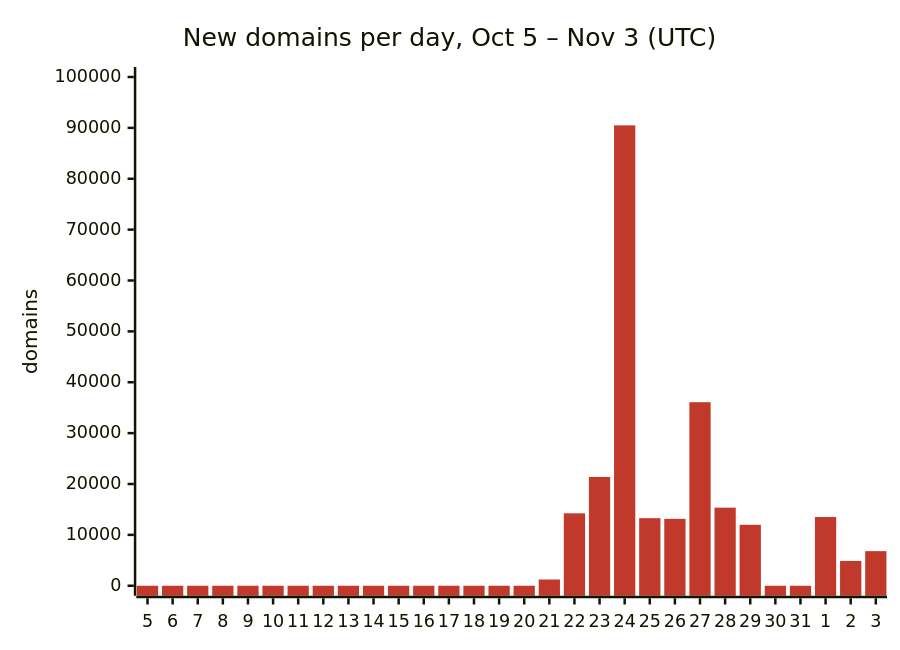
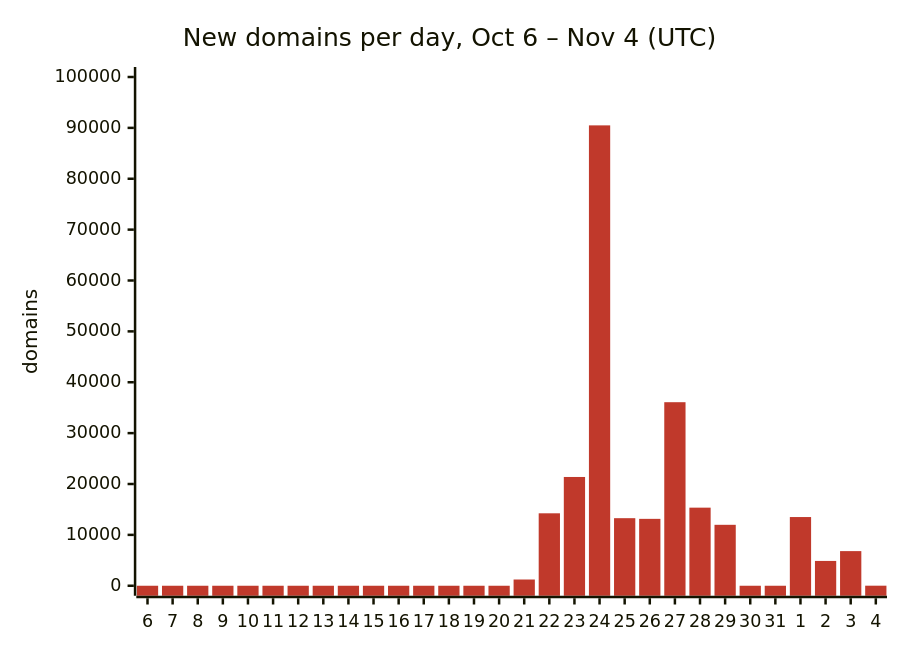
One commit to DNSBunker/CTI changed the first of 3 diagrams in README.md. Above: the diagram before and after it, drawn with Mermaid. The commit also changed other lines of this file and 3 other files, not shown here.

First line of the commit message:
Update 2026-11-04 00:09 UTC: 189620 domains

````diff
--- a/README.md
+++ b/README.md
@@ -29,8 +29,8 @@
 ```mermaid
 %%{init: {"themeVariables": {"xyChart": {"plotColorPalette": "#c0392b"}}}}%%
 xychart-beta
-    title "New domains per day, Oct 5 – Nov 3 (UTC)"
-    x-axis ["5", "6", "7", "8", "9", "10", "11", "12", "13", "14", "15", "16", "17", "18", "19", "20", "21", "22", "23", "24", "25", "26", "27", "28", "29", "30", "31", "1", "2", "3"]
+    title "New domains per day, Oct 6 – Nov 4 (UTC)"
+    x-axis ["6", "7", "8", "9", "10", "11", "12", "13", "14", "15", "16", "17", "18", "19", "20", "21", "22", "23", "24", "25", "26", "27", "28", "29", "30", "31", "1", "2", "3", "4"]
     y-axis "domains" 0 --> 100000
-    bar [0, 0, 0, 0, 0, 0, 0, 0, 0, 0, 0, 0, 0, 0, 0, 0, 1227, 14240, 21381, 90492, 13281, 13149, 36078, 15350, 11978, 0, 0, 13504, 4877, 6801]
+    bar [0, 0, 0, 0, 0, 0, 0, 0, 0, 0, 0, 0, 0, 0, 0, 1227, 14240, 21381, 90492, 13281, 13149, 36078, 15350, 11978, 0, 0, 13504, 4877, 6808, 11]
 ```
````
